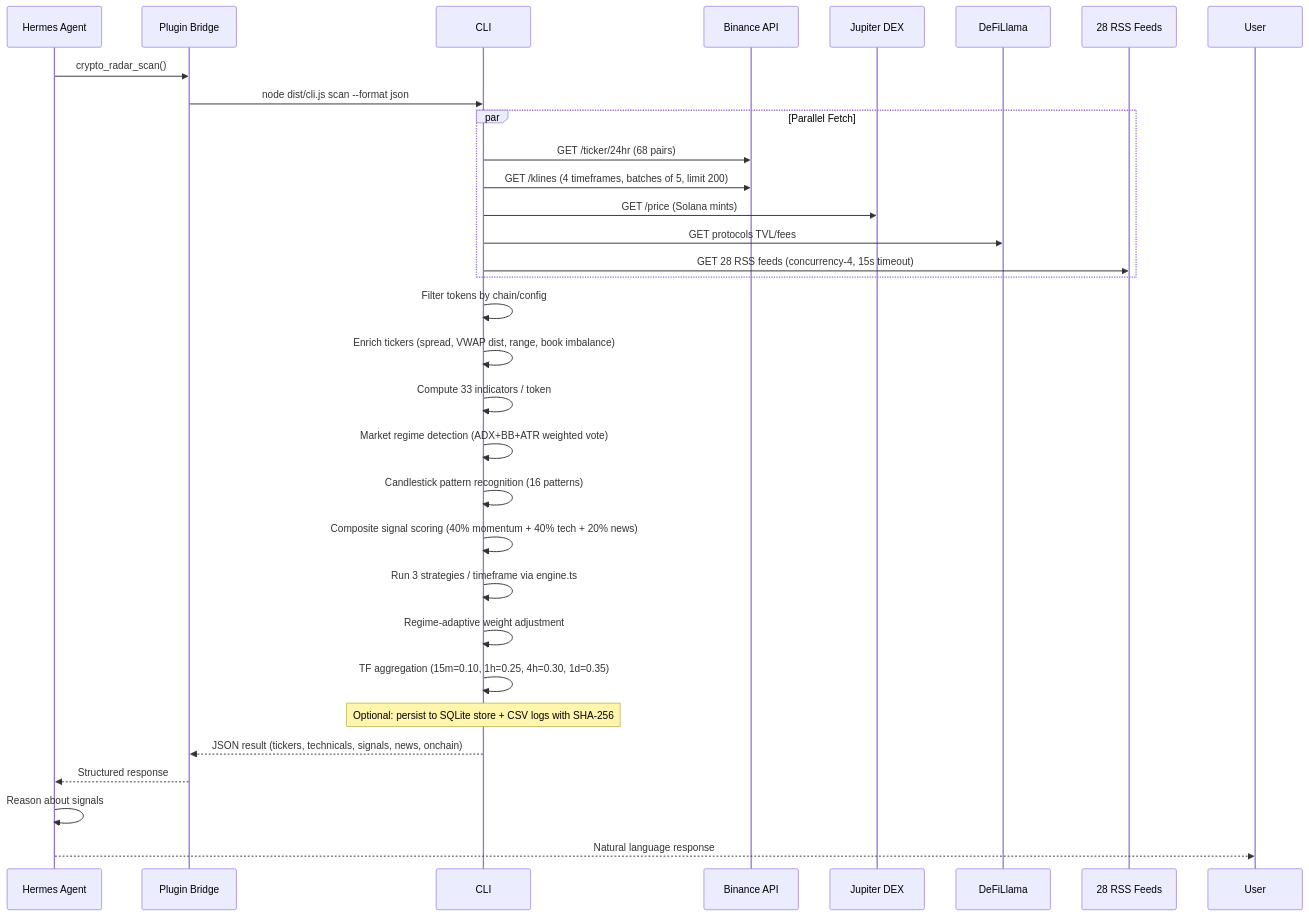
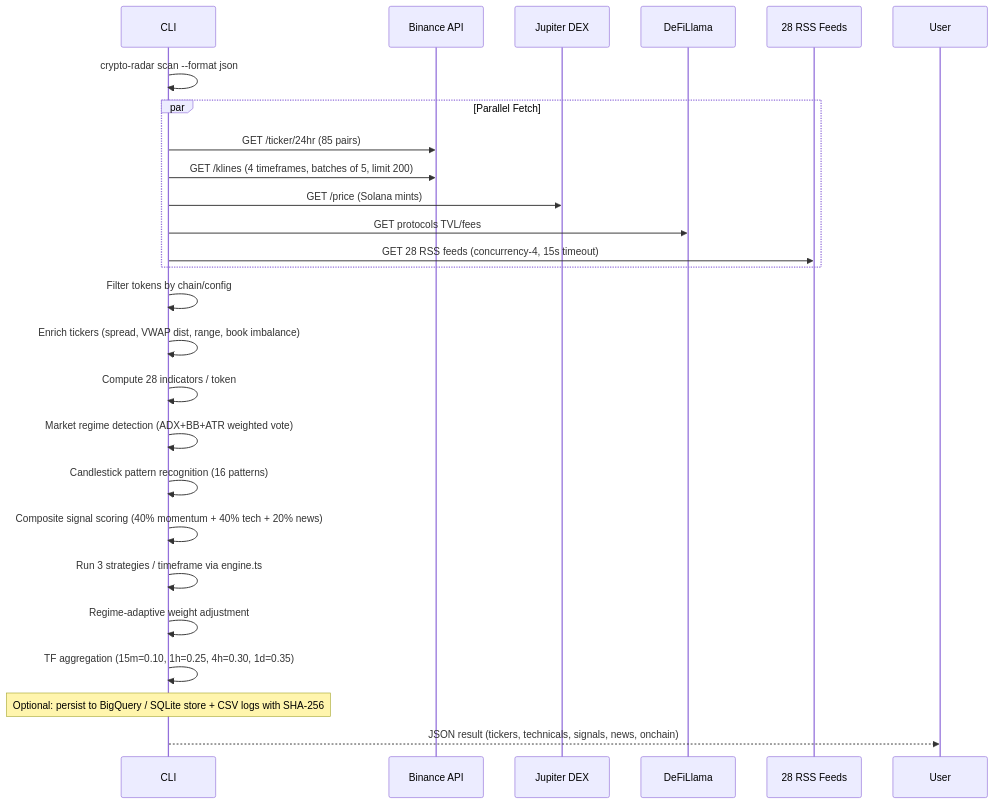
The second of 4 diagrams in README.md (ssdeanx/Crypto-Radar), drawn with Mermaid before and after one commit. The commit also changed other lines of this file and 84 other files, not shown here.

````diff
--- a/README.md
+++ b/README.md
@@ -337,38 +331,32 @@
 ```mermaid
 sequenceDiagram
-    participant Agent as Hermes Agent
-    participant Plugin as Plugin Bridge
     participant CLI as CLI
     participant Binance as Binance API
     participant Jupiter as Jupiter DEX
     participant DefiLlama as DeFiLlama
     participant News as 28 RSS Feeds
 
-    Agent->>Plugin: crypto_radar_scan()
-    Plugin->>CLI: node dist/cli.js scan --format json
+    CLI->>CLI: crypto-radar scan --format json
 
     par Parallel Fetch
-        CLI->>Binance: GET /ticker/24hr (68 pairs)
+        CLI->>Binance: GET /ticker/24hr (85 pairs)
         CLI->>Binance: GET /klines (4 timeframes, batches of 5, limit 200)
         CLI->>Jupiter: GET /price (Solana mints)
         CLI->>DefiLlama: GET protocols TVL/fees
         CLI->>News: GET 28 RSS feeds (concurrency-4, 15s timeout)
     end
 
     CLI->>CLI: Filter tokens by chain/config
     CLI->>CLI: Enrich tickers (spread, VWAP dist, range, book imbalance)
-    CLI->>CLI: Compute 33 indicators / token
+    CLI->>CLI: Compute 28 indicators / token
     CLI->>CLI: Market regime detection (ADX+BB+ATR weighted vote)
     CLI->>CLI: Candlestick pattern recognition (16 patterns)
     CLI->>CLI: Composite signal scoring (40% momentum + 40% tech + 20% news)
     CLI->>CLI: Run 3 strategies / timeframe via engine.ts
     CLI->>CLI: Regime-adaptive weight adjustment
     CLI->>CLI: TF aggregation (15m=0.10, 1h=0.25, 4h=0.30, 1d=0.35)
 
-    Note over CLI: Optional: persist to SQLite store + CSV logs with SHA-256
+    Note over CLI: Optional: persist to BigQuery / SQLite store + CSV logs with SHA-256
 
-    CLI-->>Plugin: JSON result (tickers, technicals, signals, news, onchain)
-    Plugin-->>Agent: Structured response
-    Agent->>Agent: Reason about signals
-    Agent-->>User: Natural language response
+    CLI-->>User: JSON result (tickers, technicals, signals, news, onchain)
 ```
````
